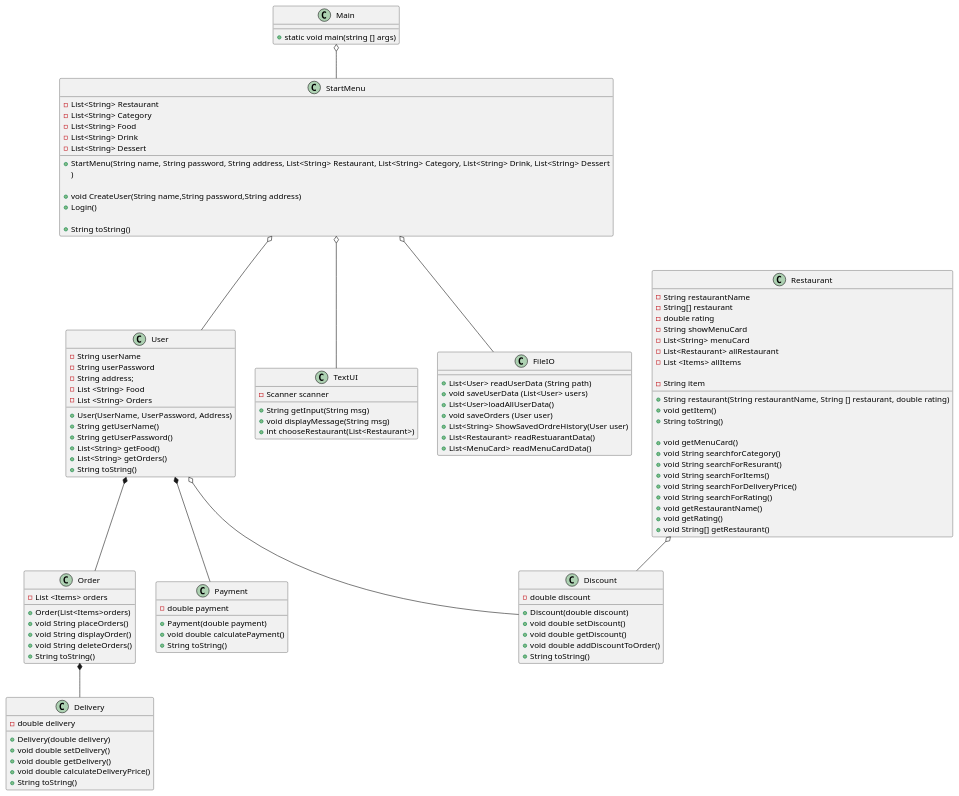
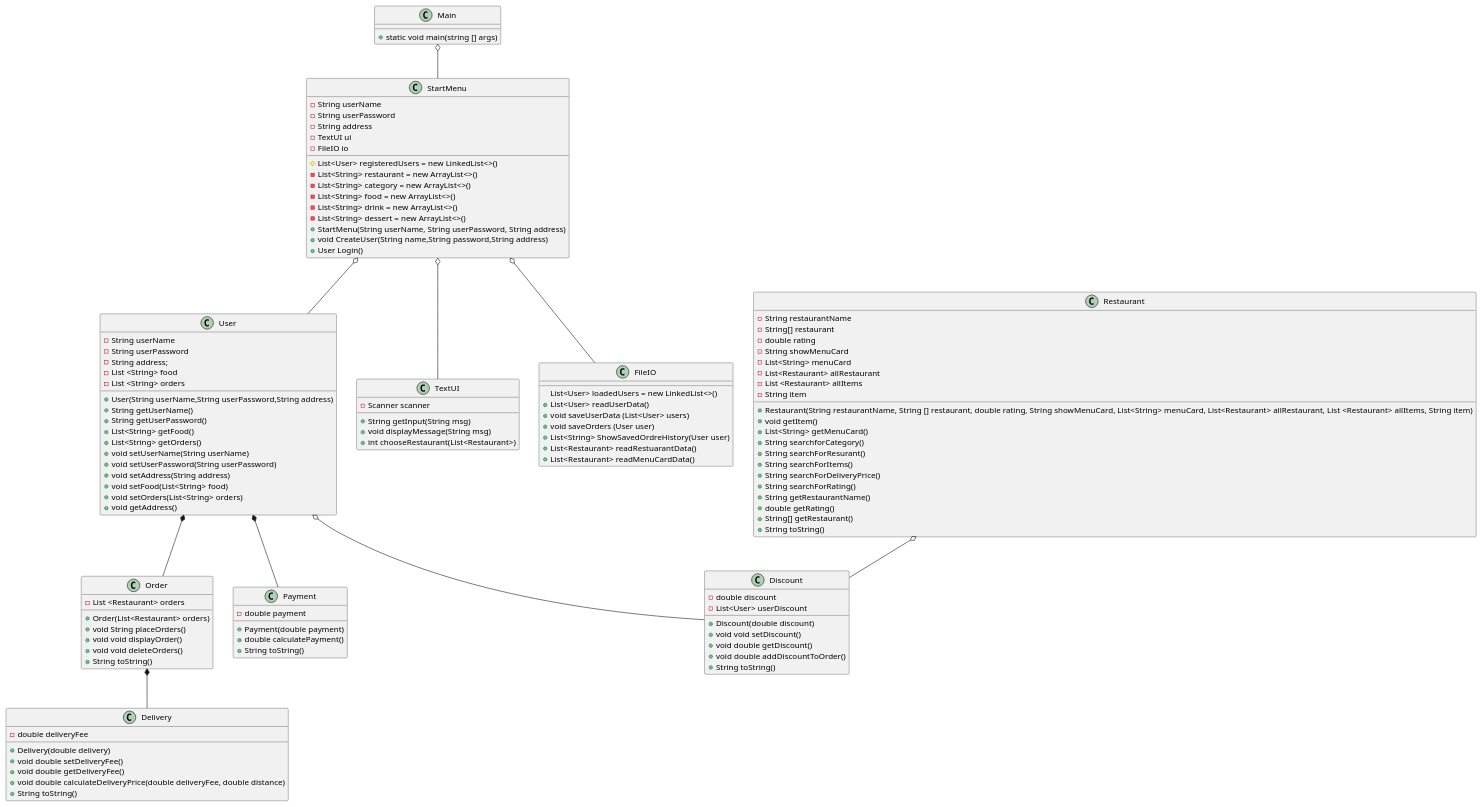
One commit to Madihakhan1/ICE-2024 changed the diagram in Doc/ClassDiagram1.1.puml. Above: the diagram before and after it, drawn with PlantUML. The commit also changed 4 other files, not shown here.

Commit message:
opdateret klasse diagrammet

```diff
--- a/Doc/ClassDiagram1.1.puml
+++ b/Doc/ClassDiagram1.1.puml
@@ -1,144 +1,137 @@
 @startuml
 'https://plantuml.com/object-diagram
 
 class Main{
 + static void main(string [] args)
 }
 
 class StartMenu{
-
-- List<String> Restaurant
-- List<String> Category
-- List<String> Food
-- List<String> Drink
-- List<String> Dessert
-
-+ StartMenu(String name, String password, String address, List<String> Restaurant, List<String> Category, List<String> Drink, List<String> Dessert
-)
-
+- String userName
+- String userPassword
+- String address
+# List<User> registeredUsers = new LinkedList<>()
+- List<String> restaurant = new ArrayList<>()
+- List<String> category = new ArrayList<>()
+- List<String> food = new ArrayList<>()
+- List<String> drink = new ArrayList<>()
+- List<String> dessert = new ArrayList<>()
+- TextUI ui
+- FileIO io
++ StartMenu(String userName, String userPassword, String address)
 + void CreateUser(String name,String password,String address)
-+ Login()
-
-+ String toString()
++ User Login()
 }
 
 class User{
 - String userName
 - String userPassword
 - String address;
-- List <String> Food
-- List <String> Orders
-
-+ User(UserName, UserPassword, Address)
+- List <String> food
+- List <String> orders
++ User(String userName,String userPassword,String address)
 + String getUserName()
 + String getUserPassword()
 + List<String> getFood()
 + List<String> getOrders()
-+ String toString()
-
++ void setUserName(String userName)
++ void setUserPassword(String userPassword)
++ void setAddress(String address)
++ void setFood(List<String> food)
++ void setOrders(List<String> orders)
++ void getAddress()
 }
 
-
 class Order{
-- List <Items> orders
-
-+ Order(List<Items>orders)
+- List <Restaurant> orders
++ Order(List<Restaurant> orders)
 + void String placeOrders()
-+ void String displayOrder()
-+ void String deleteOrders()
++ void void displayOrder()
++ void void deleteOrders()
 + String toString()
 }
 
 class Delivery {
-- double delivery
-
+- double deliveryFee
 + Delivery(double delivery)
-+ void double setDelivery()
-+ void double getDelivery()
-+ void double calculateDeliveryPrice()
++ void double setDeliveryFee()
++ void double getDeliveryFee()
++ void double calculateDeliveryPrice(double deliveryFee, double distance)
 + String toString()
 }
 
 class Discount{
 - double discount
-
+- List<User> userDiscount
 + Discount(double discount)
-+ void double setDiscount()
++ void void setDiscount()
 + void double getDiscount()
 + void double addDiscountToOrder()
 + String toString()
 }
 
 class Payment{
 - double payment
-
 + Payment(double payment)
-+ void double calculatePayment()
++ double calculatePayment()
 + String toString()
 }
-
 
  class Restaurant{
 - String restaurantName
 - String[] restaurant
 - double rating
 - String showMenuCard
 - List<String> menuCard
--List<Restaurant> allRestaurant
--List <Items> allItems
-
+- List<Restaurant> allRestaurant
+- List <Restaurant> allItems
 - String item
-
-+ String restaurant(String restaurantName, String [] restaurant, double rating)
++ Restaurant(String restaurantName, String [] restaurant, double rating, String showMenuCard, List<String> menuCard, List<Restaurant> allRestaurant, List <Restaurant> allItems, String item)
 + void getItem()
++ List<String> getMenuCard()
++ String searchforCategory()
++ String searchForResurant()
++ String searchForItems()
++ String searchForDeliveryPrice()
++ String searchForRating()
++ String getRestaurantName()
++ double getRating()
++ String[] getRestaurant()
 + String toString()
-
-+ void getMenuCard()
-+ void String searchforCategory()
-+ void String searchForResurant()
-+ void String searchForItems()
-+ void String searchForDeliveryPrice()
-+ void String searchForRating()
-+ void getRestaurantName()
-+ void getRating()
-+ void String[] getRestaurant()
 }
-
-
 
 class TextUI{
 - Scanner scanner
 + String getInput(String msg)
 + void displayMessage(String msg)
 + int chooseRestaurant(List<Restaurant>)
 }
 
 class FileIO{
-+ List<User> readUserData (String path)
+List<User> loadedUsers = new LinkedList<>()
++ List<User> readUserData()
 + void saveUserData (List<User> users)
-+ List<User>loadAllUserData()
 + void saveOrders (User user)
 + List<String> ShowSavedOrdreHistory(User user)
 + List<Restaurant> readRestuarantData()
-+ List<MenuCard> readMenuCardData()
++ List<Restaurant> readMenuCardData()
 }
 
 
 Main o-- StartMenu
 
 StartMenu o-- TextUI
 StartMenu o-- FileIO
 StartMenu o-- User
 
 User *-- Payment
 User *-- Order
 User o-- Discount
 
 Order *-- Delivery
 
 
 Restaurant o-- Discount
 
 
 
 @enduml
```
